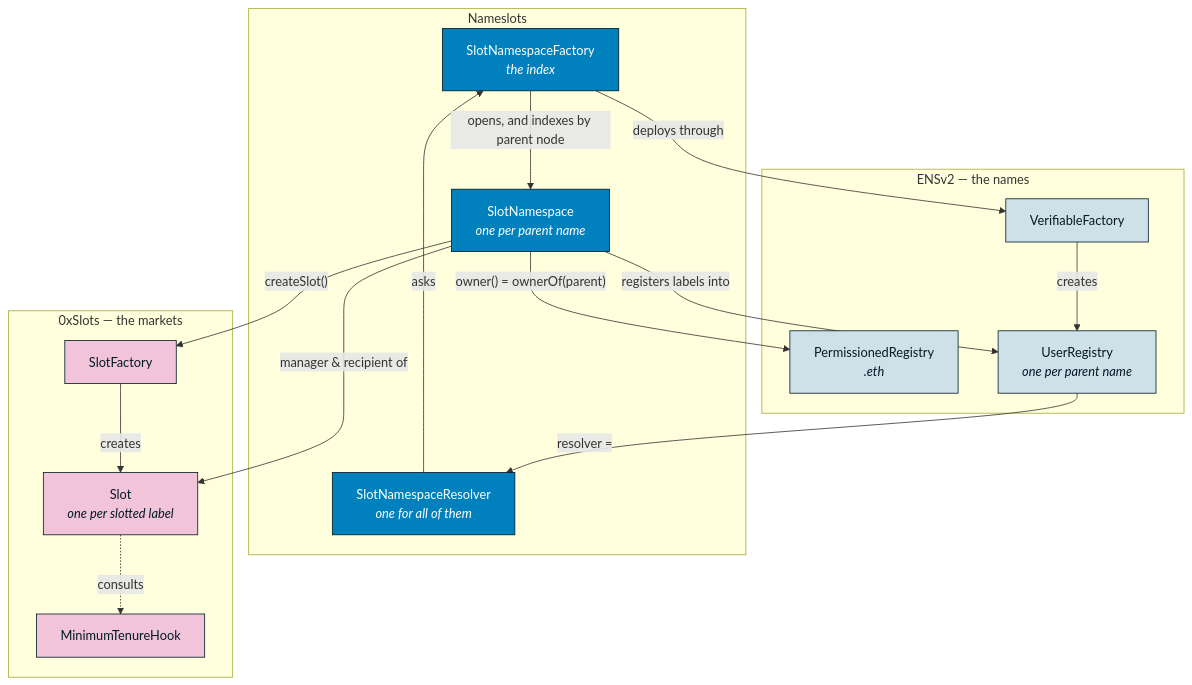
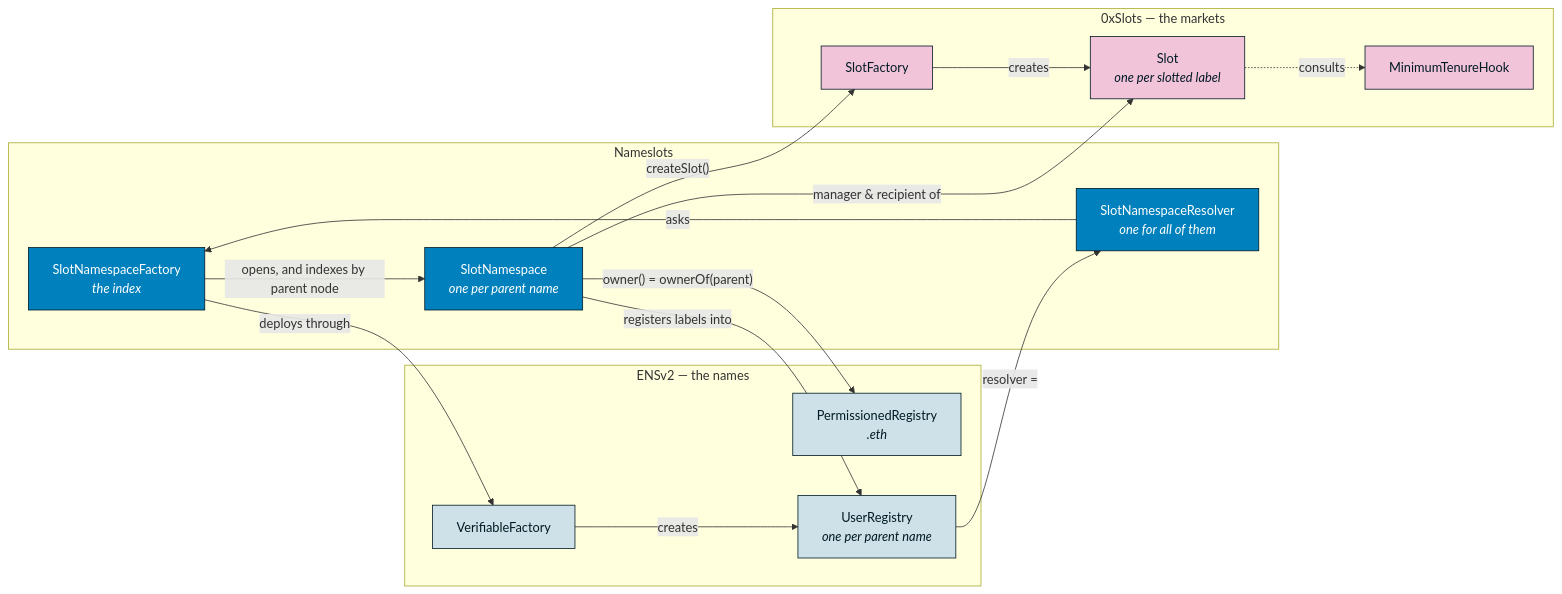
Before and after one commit to nezz0746/ens-slots: the first of 5 diagrams in docs/protocol.md, drawn with Mermaid. The commit also changed other lines of this file and 4 other files, not shown here.

First line of the commit message:
fix(web): diagrams fit the page, and stop shrinking before they stop being legible

````diff
--- a/docs/protocol.md
+++ b/docs/protocol.md
@@ -13,41 +13,41 @@
 ```mermaid
-graph TB
+graph LR
     subgraph OURS["Nameslots"]
         F["SlotNamespaceFactory<br/><i>the index</i>"]
         NS["SlotNamespace<br/><i>one per parent name</i>"]
         RES["SlotNamespaceResolver<br/><i>one for all of them</i>"]
     end
 
     subgraph ENS["ENSv2 — the names"]
         ETH["PermissionedRegistry<br/><i>.eth</i>"]
         VF["VerifiableFactory"]
         USER["UserRegistry<br/><i>one per parent name</i>"]
     end
 
     subgraph SLOTS["0xSlots — the markets"]
         SF["SlotFactory"]
         SLOT["Slot<br/><i>one per slotted label</i>"]
         HOOK["MinimumTenureHook"]
     end
 
     F -->|"opens, and indexes by parent node"| NS
     F -->|deploys through| VF
     VF -->|creates| USER
     RES -->|asks| F
 
     NS -->|registers labels into| USER
     USER -->|"resolver ="| RES
     NS -->|"owner() = ownerOf(parent)"| ETH
 
     NS -->|"createSlot()"| SF
     SF -->|creates| SLOT
     NS -->|"manager &amp; recipient of"| SLOT
     SLOT -.->|consults| HOOK
 
     classDef ours fill:#0080bc,stroke:#011a25,color:#fff
     classDef ens fill:#cee1e8,stroke:#011a25,color:#011a25
     classDef slot fill:#f2c4da,stroke:#011a25,color:#011a25
     class F,NS,RES ours
     class ETH,VF,USER ens
     class SF,SLOT,HOOK slot
 ```
````
